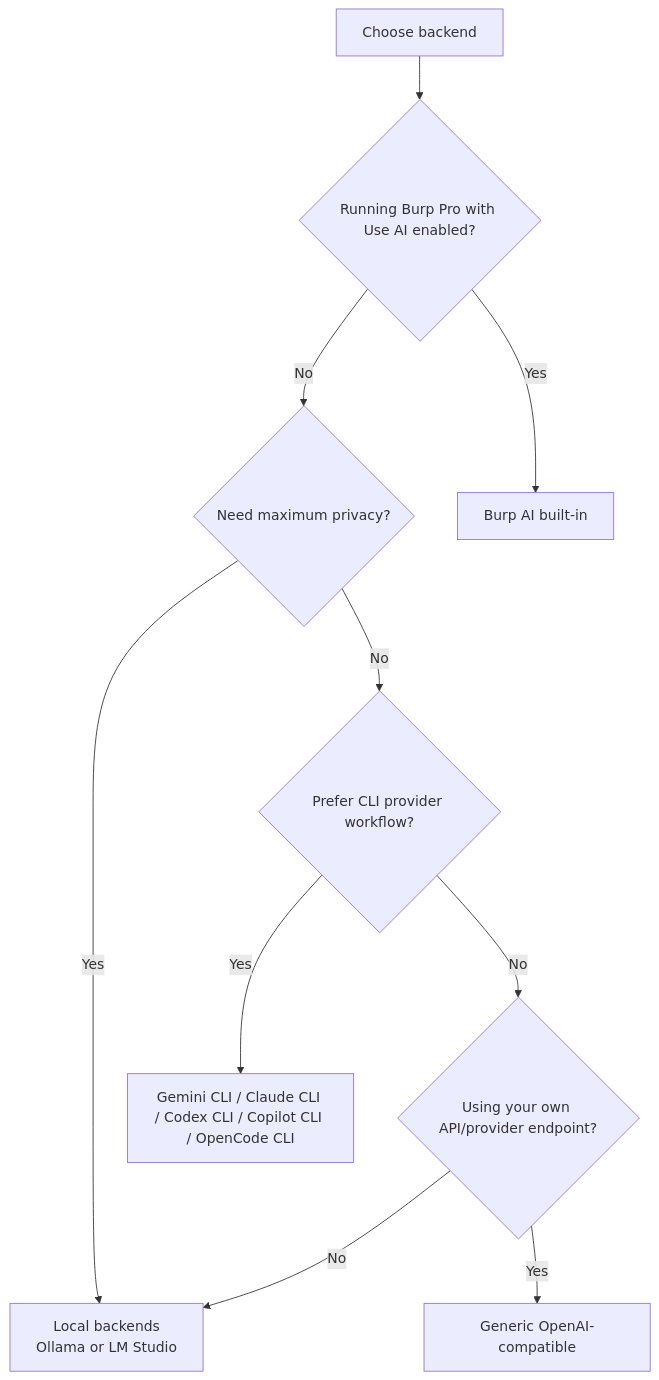
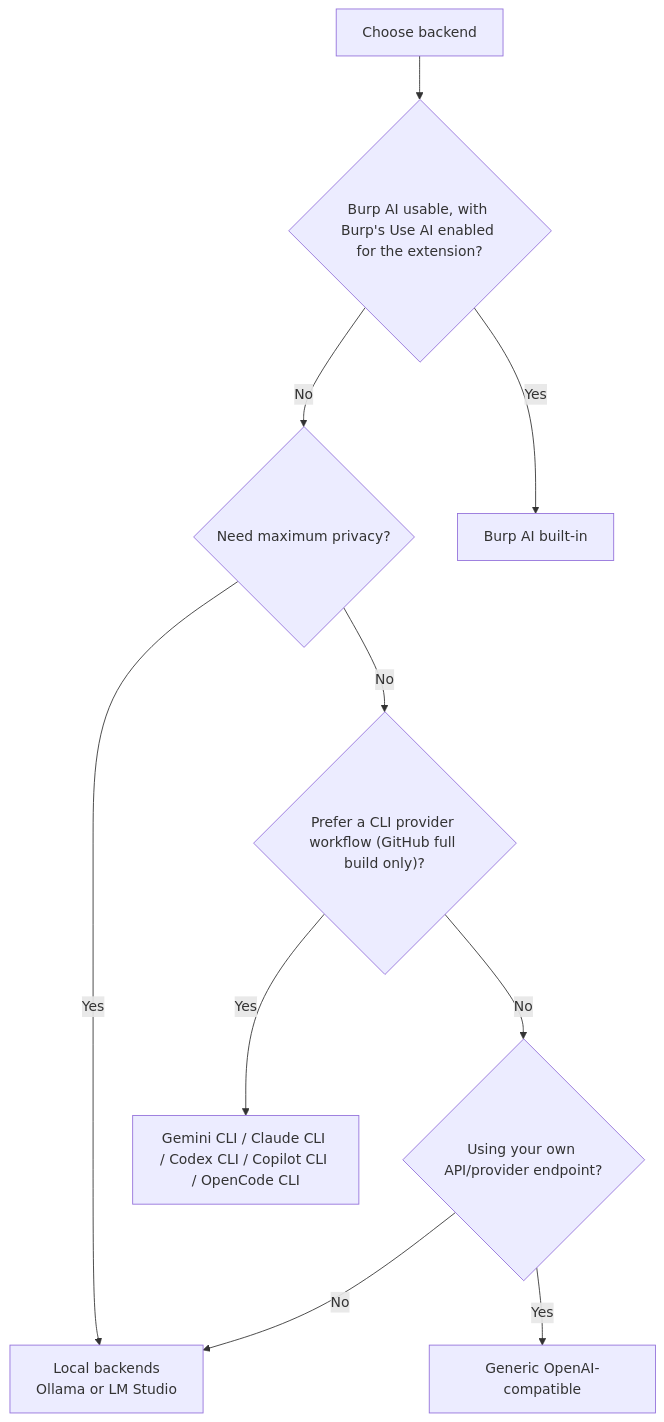
Before and after one commit to six2dez/burp-ai-agent-docs: the diagram in backends/overview.md, drawn with Mermaid. The commit also changed other lines of this file and 3 other files, not shown here.

````diff
--- a/backends/overview.md
+++ b/backends/overview.md
@@ -7,21 +7,21 @@
 ```mermaid
 flowchart TD
     Start[Choose backend]
-    BurpPro{Running Burp Pro with Use AI enabled?}
+    BurpPro{"Burp AI usable, with Burp's Use AI enabled for the extension?"}
     Privacy{Need maximum privacy?}
-    Cli{Prefer CLI provider workflow?}
+    Cli{"Prefer a CLI provider workflow (GitHub full build only)?"}
     OwnApi{Using your own API/provider endpoint?}
 
     Start --> BurpPro
     BurpPro -->|Yes| BurpAi[Burp AI built-in]
     BurpPro -->|No| Privacy
 
     Privacy -->|Yes| Local["Local backends<br/>Ollama or LM Studio"]
     Privacy -->|No| Cli
 
     Cli -->|Yes| CloudCli[Gemini CLI / Claude CLI / Codex CLI / Copilot CLI / OpenCode CLI]
     Cli -->|No| OwnApi
 
     OwnApi -->|Yes| Generic[Generic OpenAI-compatible]
     OwnApi -->|No| Local
 ```
````
